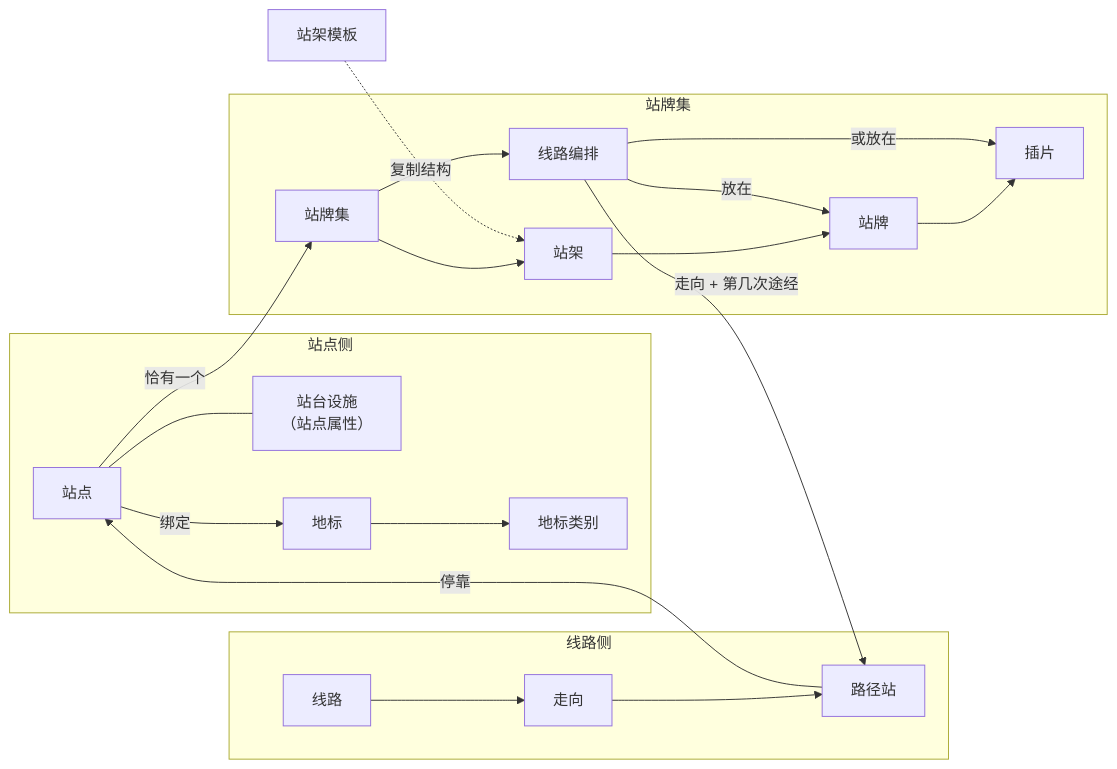
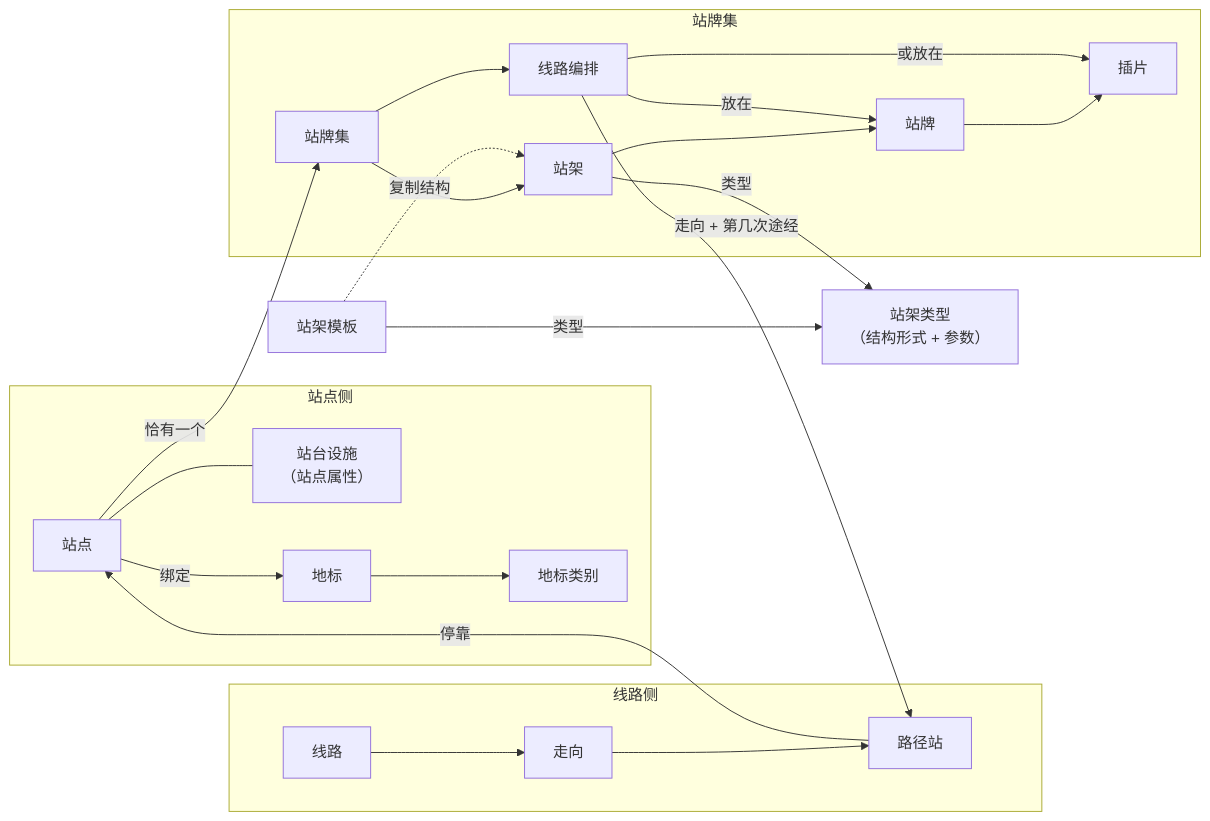
One commit to yiwer/GenTransit changed the diagram in docs/requirements.md. Above: the diagram before and after it, drawn with Mermaid. The commit also changed other lines of this file and 62 other files, not shown here.

````diff
--- a/docs/requirements.md
+++ b/docs/requirements.md
@@ -100,34 +100,37 @@
 ```mermaid
 flowchart LR
   subgraph 站点侧
     Stop["站点"]
     PF["站台设施<br/>（站点属性）"]
     LM["地标"]
     LC["地标类别"]
   end
   subgraph 线路侧
     Line["线路"]
     Route["走向"]
     RS["路径站"]
   end
   subgraph 站牌集
     SS["站牌集"]
     Shelf["站架"]
     Board["站牌"]
     Slot["插片"]
     Sch["线路编排"]
   end
   Tpl["站架模板"]
+  ST["站架类型<br/>（结构形式 + 参数）"]
 
   Stop --- PF
   Stop -- 绑定 --> LM
   LM --> LC
   Line --> Route --> RS -- 停靠 --> Stop
   Stop -- 恰有一个 --> SS
   SS --> Shelf --> Board --> Slot
   SS --> Sch
   Sch -- "走向 + 第几次途经" --> RS
   Sch -- 放在 --> Board
   Sch -- 或放在 --> Slot
   Tpl -. 复制结构 .-> Shelf
+  Shelf -- 类型 --> ST
+  Tpl -- 类型 --> ST
 ```
````
